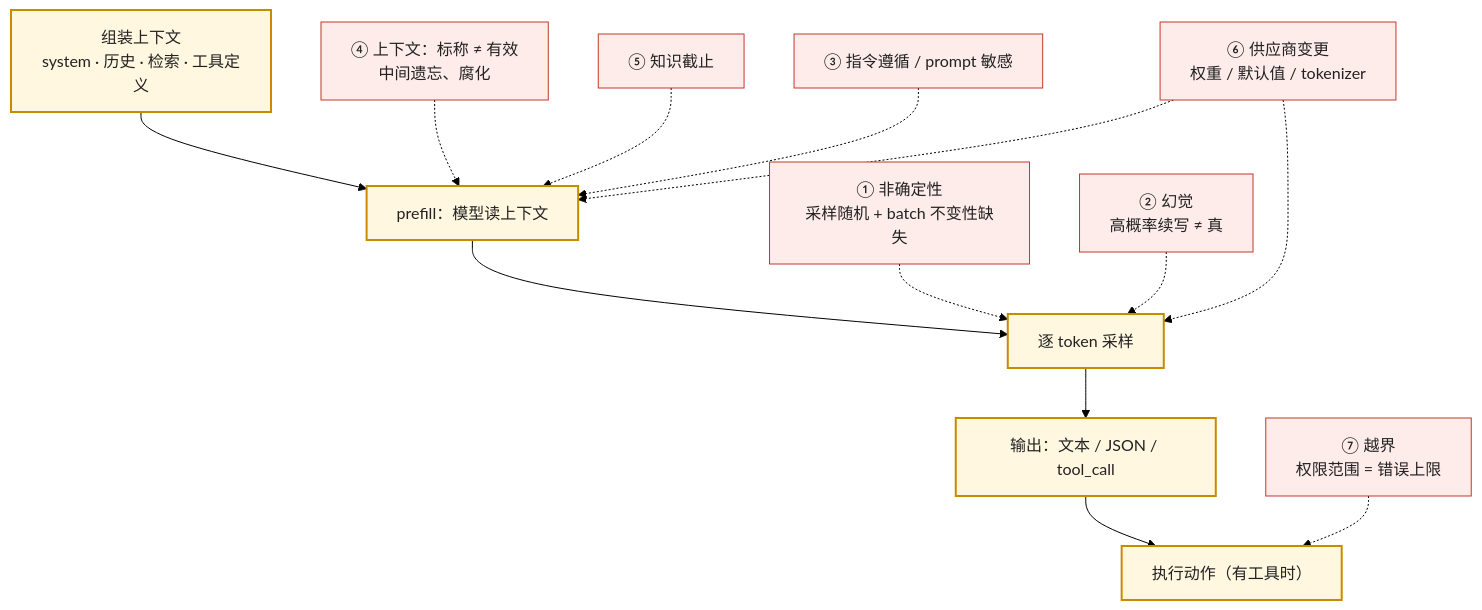
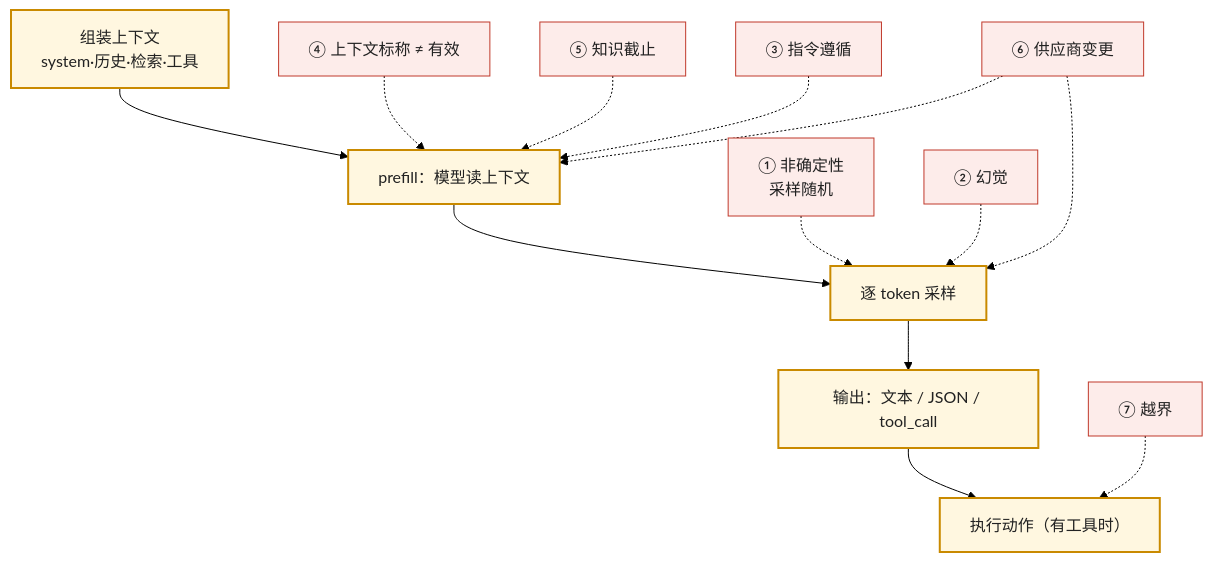
One commit to arganzheng/arganzheng.github.com changed the second of 7 diagrams in slides/2026-10-04-model-as-component.md. Above: the diagram before and after it, drawn with Mermaid (forest theme). The commit also changed other lines of this file, not shown here.

Commit message:
slides/2026-10-04-model-as-component: wide LR mermaids -> TB, tighten labels (smalltext <14px fixes)

````diff
--- a/slides/2026-10-04-model-as-component.md
+++ b/slides/2026-10-04-model-as-component.md
@@ -42,20 +42,20 @@
 ```mermaid
 flowchart TB
-    CTX["组装上下文<br/>system · 历史 · 检索 · 工具定义"] --> PRE["prefill：模型读上下文"]
+    CTX["组装上下文<br/>system·历史·检索·工具"] --> PRE["prefill：模型读上下文"]
     PRE --> SAMP["逐 token 采样"]
     SAMP --> OUT["输出：文本 / JSON / tool_call"]
     OUT --> ACT["执行动作（有工具时）"]
-    F4["④ 上下文：标称 ≠ 有效<br/>中间遗忘、腐化"] -.-> PRE
+    F4["④ 上下文标称 ≠ 有效"] -.-> PRE
     F5["⑤ 知识截止"] -.-> PRE
-    F3["③ 指令遵循 / prompt 敏感"] -.-> PRE
-    F1["① 非确定性<br/>采样随机 + batch 不变性缺失"] -.-> SAMP
-    F2["② 幻觉<br/>高概率续写 ≠ 真"] -.-> SAMP
-    F6["⑥ 供应商变更<br/>权重 / 默认值 / tokenizer"] -.-> PRE
+    F3["③ 指令遵循"] -.-> PRE
+    F1["① 非确定性<br/>采样随机"] -.-> SAMP
+    F2["② 幻觉"] -.-> SAMP
+    F6["⑥ 供应商变更"] -.-> PRE
     F6 -.-> SAMP
-    F7["⑦ 越界<br/>权限范围 = 错误上限"] -.-> ACT
+    F7["⑦ 越界"] -.-> ACT
 
     classDef stage fill:#fff7e0,stroke:#c98a00,stroke-width:2px,color:#222
     classDef fail fill:#fdecea,stroke:#c0392b,color:#222
     class CTX,PRE,SAMP,OUT,ACT stage
     class F1,F2,F3,F4,F5,F6,F7 fail
 ```
````
